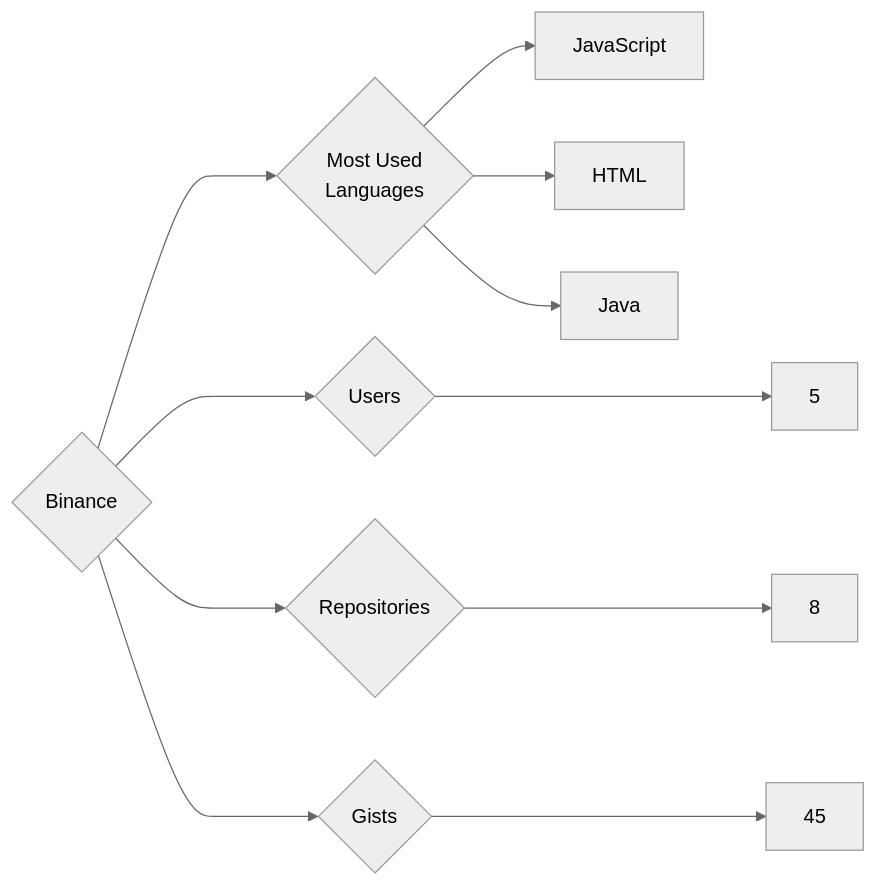
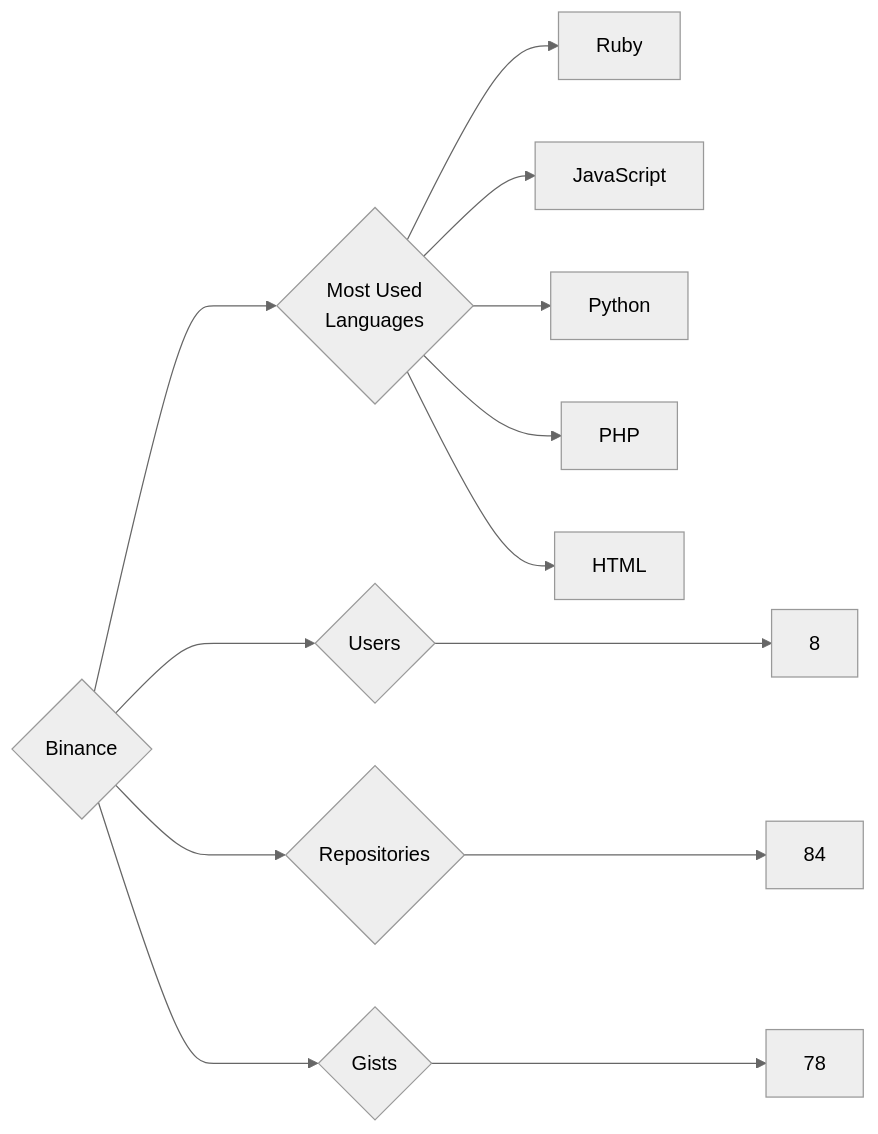
One commit to trickest/insiders changed the diagram in targets/Binance/README.md. Above: the diagram before and after it, drawn with Mermaid (neutral theme). The commit also changed 1212 other files, not shown here.

````diff
--- a/targets/Binance/README.md
+++ b/targets/Binance/README.md
@@ -3,11 +3,13 @@
 ```mermaid
 graph LR
 COMPANY_NAME{Binance}
-COMPANY_NAME ---> U{Users} ---> UN[5]
-COMPANY_NAME ---> R{Repositories} ---> RN[8]
-COMPANY_NAME ---> G{Gists} ---> GN[45]
+COMPANY_NAME ---> U{Users} ---> UN[8]
+COMPANY_NAME ---> R{Repositories} ---> RN[84]
+COMPANY_NAME ---> G{Gists} ---> GN[78]
 COMPANY_NAME ---> ML{Most Used<br>Languages}
+ML --> Ruby[Ruby]
 ML --> JavaScript[JavaScript]
+ML --> Python[Python]
+ML --> PHP[PHP]
 ML --> HTML[HTML]
-ML --> Java[Java]
 ```
````
